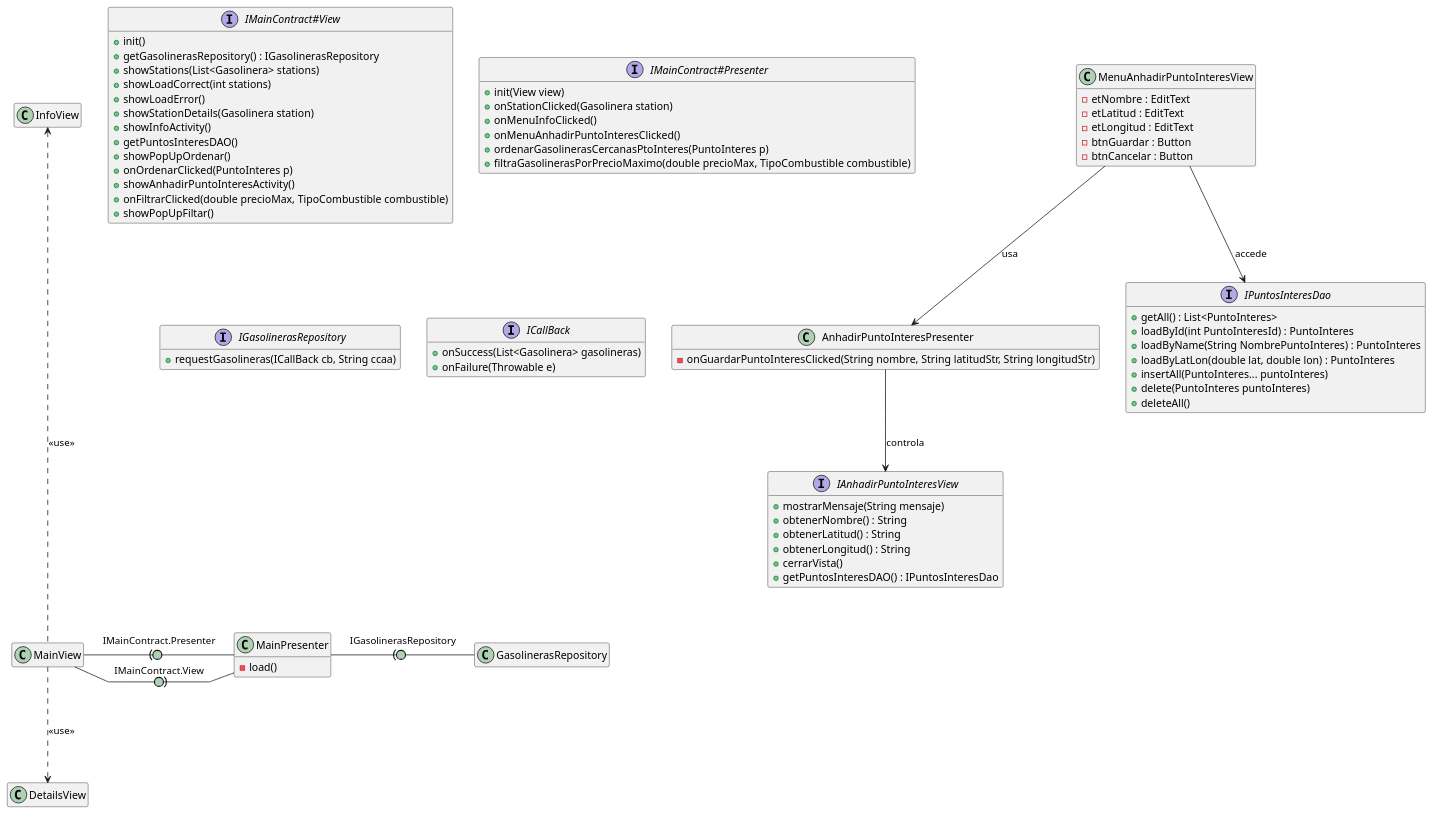
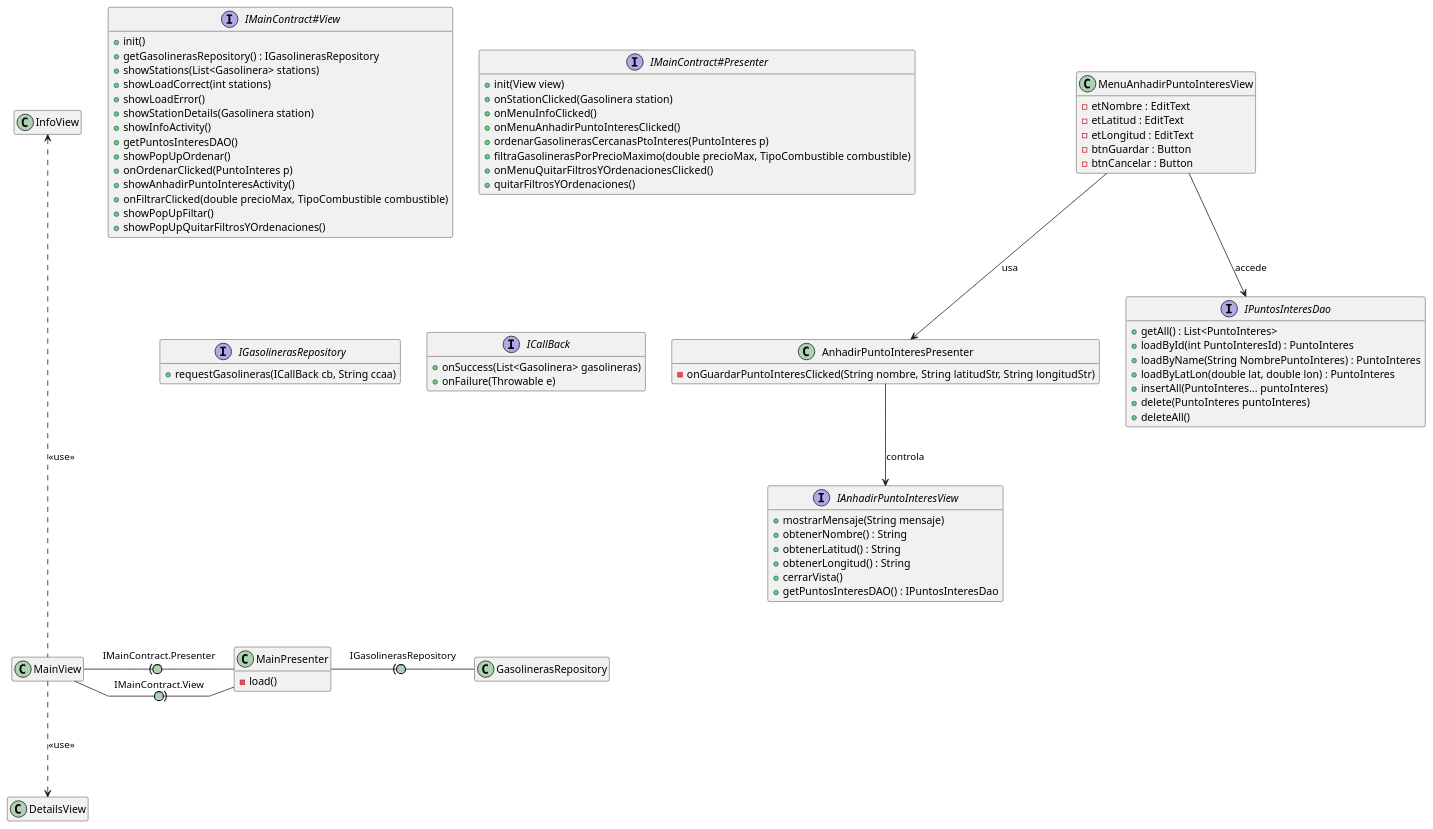
One commit to isunican/App-Gasolineras-Grupo2 changed the diagram in Docs/Models/architecture.puml. Above: the diagram before and after it, drawn with PlantUML.

```diff
--- a/Docs/Models/architecture.puml
+++ b/Docs/Models/architecture.puml
@@ -1,87 +1,90 @@
 @startuml clases
 
 hide empty members
 skinparam linetype polyline
 skinparam arrowLollipopColor #ADD1B2
 
 MainView -right(0- MainPresenter : IMainContract.Presenter
 MainView -right0)- MainPresenter : IMainContract.View
 MainView -up..-> InfoView : <<use>>
 MainView -down..> DetailsView : <<use>>
 MainPresenter -right(0- GasolinerasRepository : IGasolinerasRepository
 
 class MainPresenter {
     -load()
 }
 
 interface IMainContract#View {
     + init()
     + getGasolinerasRepository() : IGasolinerasRepository
     + showStations(List<Gasolinera> stations)
     + showLoadCorrect(int stations)
     + showLoadError()
     + showStationDetails(Gasolinera station)
     + showInfoActivity()
     + getPuntosInteresDAO()
     + showPopUpOrdenar()
     + onOrdenarClicked(PuntoInteres p)
     + showAnhadirPuntoInteresActivity()
     + onFiltrarClicked(double precioMax, TipoCombustible combustible)
     + showPopUpFiltar()
+    + showPopUpQuitarFiltrosYOrdenaciones()
 }
 
 interface IMainContract#Presenter {
     + init(View view)
     + onStationClicked(Gasolinera station)
     + onMenuInfoClicked()
     + onMenuAnhadirPuntoInteresClicked()
     + ordenarGasolinerasCercanasPtoInteres(PuntoInteres p)
     + filtraGasolinerasPorPrecioMaximo(double precioMax, TipoCombustible combustible)
+    + onMenuQuitarFiltrosYOrdenacionesClicked()
+    + quitarFiltrosYOrdenaciones()
 }
 
 interface IGasolinerasRepository {
     + requestGasolineras(ICallBack cb, String ccaa)
 }
 
 interface ICallBack {
     + onSuccess(List<Gasolinera> gasolineras)
     + onFailure(Throwable e)
 }
 
 class AnhadirPuntoInteresPresenter {
     - onGuardarPuntoInteresClicked(String nombre, String latitudStr, String longitudStr)
 }
 
 AnhadirPuntoInteresPresenter --> IAnhadirPuntoInteresView : controla
 
 interface IAnhadirPuntoInteresView {
     + mostrarMensaje(String mensaje)
     + obtenerNombre() : String
     + obtenerLatitud() : String
     + obtenerLongitud() : String
     + cerrarVista()
     + getPuntosInteresDAO() : IPuntosInteresDao
 }
 
 class MenuAnhadirPuntoInteresView {
     - etNombre : EditText
     - etLatitud : EditText
     - etLongitud : EditText
     - btnGuardar : Button
     - btnCancelar : Button
 }
 
 MenuAnhadirPuntoInteresView --> AnhadirPuntoInteresPresenter : usa
 MenuAnhadirPuntoInteresView --> IPuntosInteresDao : accede
 
 interface IPuntosInteresDao {
     + getAll() : List<PuntoInteres>
     + loadById(int PuntoInteresId) : PuntoInteres
     + loadByName(String NombrePuntoInteres) : PuntoInteres
     + loadByLatLon(double lat, double lon) : PuntoInteres
     + insertAll(PuntoInteres... puntoInteres)
     + delete(PuntoInteres puntoInteres)
     + deleteAll()
 }
 
 @enduml
```
